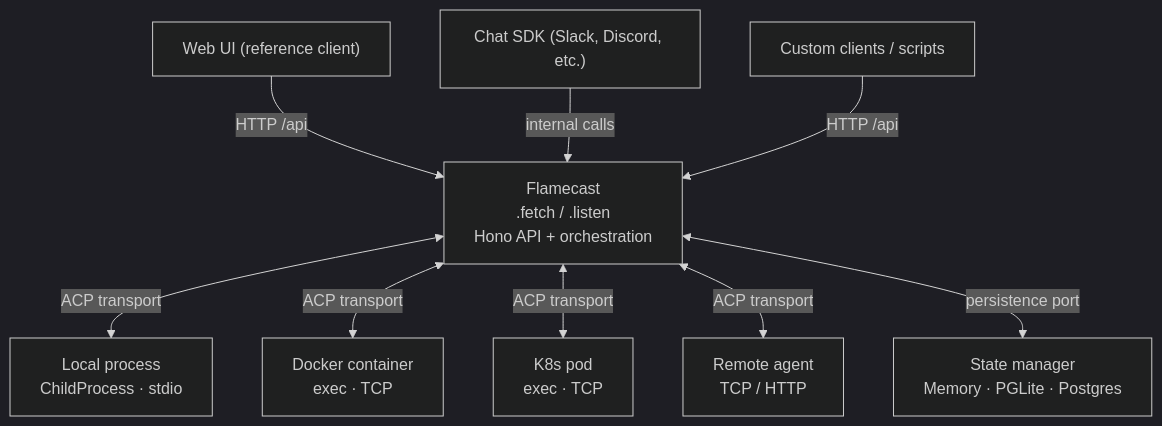
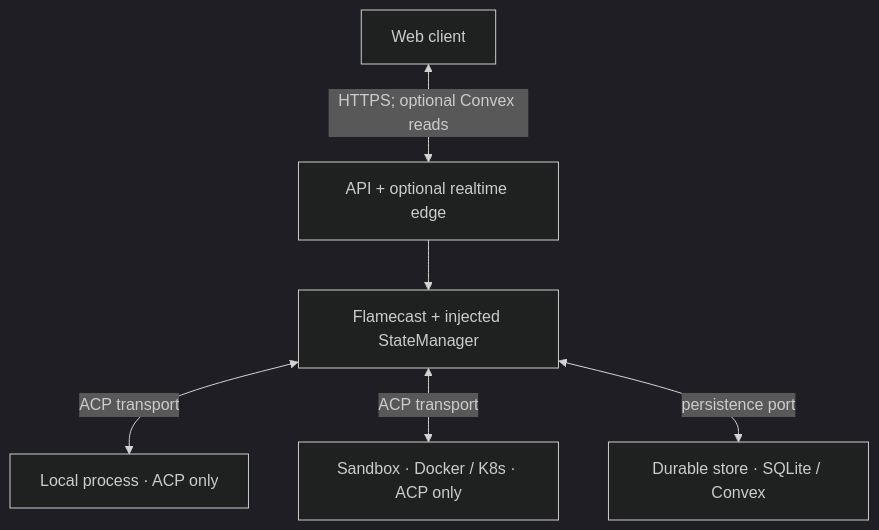
The diagram in SPEC.md (smithery-ai/flamecast), drawn with Mermaid (dark theme) before and after one commit. The commit also changed other lines of this file, not shown here.

````diff
--- a/SPEC.md
+++ b/SPEC.md
@@ -78,21 +64,15 @@
 ```mermaid
 flowchart TB
-    WebUI["Web UI (reference client)"]
-    ChatSDK["Chat SDK (Slack, Discord, etc.)"]
-    CustomClient["Custom clients / scripts"]
-    FC["Flamecast\n.fetch / .listen\nHono API + orchestration"]
-    Local["Local process\nChildProcess · stdio"]
-    Docker["Docker container\nexec · TCP"]
-    K8s["K8s pod\nexec · TCP"]
-    Remote["Remote agent\nTCP / HTTP"]
-    Store["State manager\nMemory · PGLite · Postgres"]
+    Client["Web client"]
+    API["API + optional realtime edge"]
+    FC["Flamecast + injected StateManager"]
+    Local["Local process · ACP only"]
+    Sandbox["Sandbox · Docker / K8s · ACP only"]
+    Store["Durable store · SQLite / Convex"]
 
-    WebUI -->|HTTP /api| FC
-    ChatSDK -->|internal calls| FC
-    CustomClient -->|HTTP /api| FC
+    Client <-->|HTTPS; optional Convex reads| API
+    API --> FC
     FC <-->|ACP transport| Local
-    FC <-->|ACP transport| Docker
-    FC <-->|ACP transport| K8s
-    FC <-->|ACP transport| Remote
+    FC <-->|ACP transport| Sandbox
     FC <-->|persistence port| Store
 ```
````
